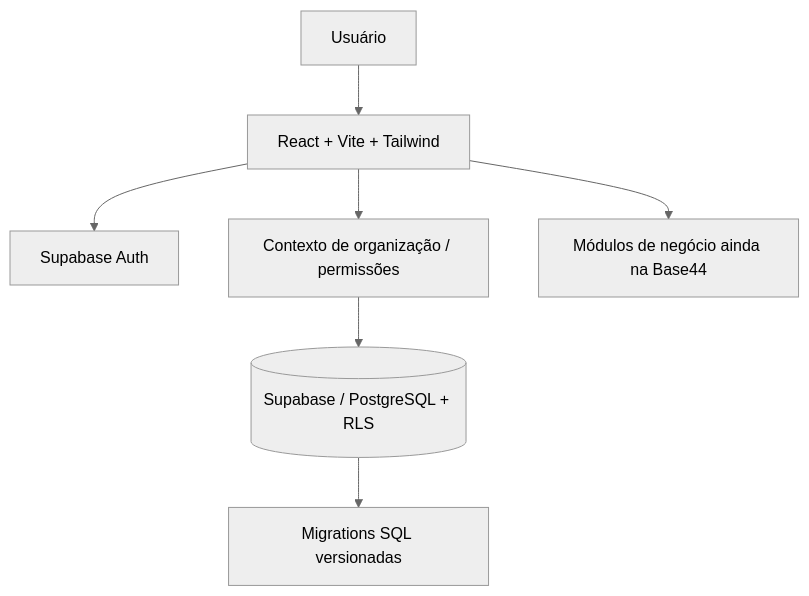
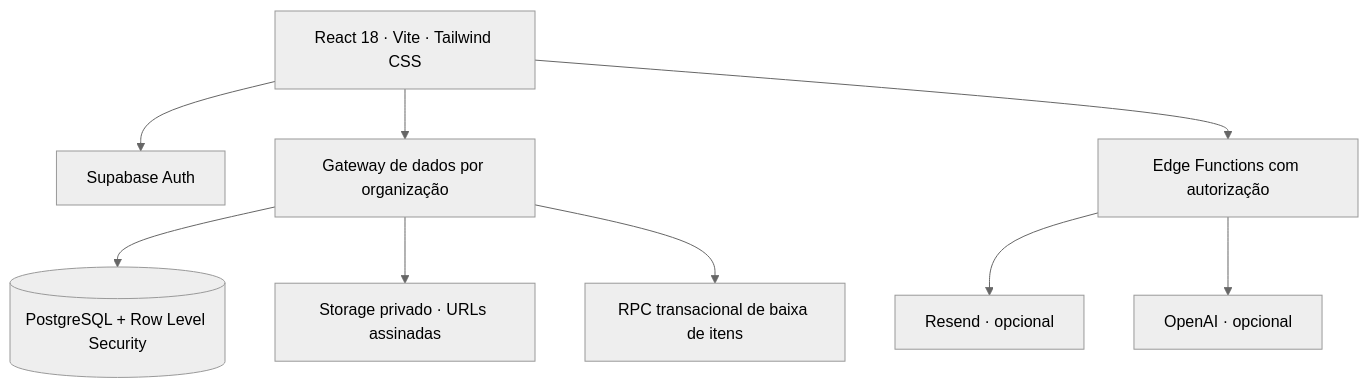
The diagram in README.md (WalterMatheusgg/Licits), drawn with Mermaid (neutral theme) before and after one commit. The commit also changed other lines of this file and 38 other files, not shown here.

First line of the commit message:
feat: migrar Licits da Base44 para Supabase

````diff
--- a/README.md
+++ b/README.md
@@ -73,9 +47,11 @@
-```mermaid
-flowchart TB
-    U["Usuário"] --> UI["React + Vite + Tailwind"]
-    UI --> AUTH["Supabase Auth"]
-    UI --> ORG["Contexto de organização / permissões"]
-    ORG --> DB[("Supabase / PostgreSQL + RLS")]
-    UI --> LEGACY["Módulos de negócio ainda na Base44"]
-    DB --> SCHEMA["Migrations SQL versionadas"]
-```
+~~~mermaid
+flowchart TD
+    UI["React 18 · Vite · Tailwind CSS"] --> AUTH["Supabase Auth"]
+    UI --> GATE["Gateway de dados por organização"]
+    GATE --> DB[("PostgreSQL + Row Level Security")]
+    GATE --> STORAGE["Storage privado · URLs assinadas"]
+    GATE --> RPC["RPC transacional de baixa de itens"]
+    UI --> EDGE["Edge Functions com autorização"]
+    EDGE --> EMAIL["Resend · opcional"]
+    EDGE --> IA["OpenAI · opcional"]
+~~~
````
